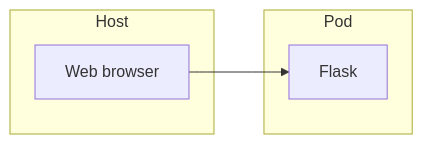
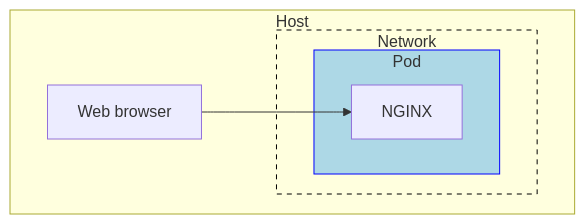
One commit to rgaiacs/rse-podman-tutorial changed the diagram in source/k8s-port.rst. Above: the diagram before and after it, drawn with Mermaid. The commit also changed other lines of this file, not shown here.

Commit message:
Review k8-port

```diff
--- a/source/k8s-port.rst
+++ b/source/k8s-port.rst
@@ -6,15 +6,27 @@
 .. mermaid::
    :align: center
    :alt: Diagram of access container.
    :caption: Diagram of access container.
    
-    graph LR;
-        browser[Web browser] --> flask[Flask];
+    flowchart 
+        subgraph pod[Pod]
+        nginx
+        end
 
-        subgraph pod[Pod]
-        flask
+        subgraph network[Network]
+        pod
         end
 
         subgraph host[Host]
         browser
+        network
+        pod
         end
+
+        browser[Web browser] --> nginx[NGINX];
+
+        classDef classPod fill:lightblue,stroke:blue
+        class pod classPod;
+
+        classDef classNetwork stroke:black,stroke-dasharray: 5 5
+        class network classNetwork;
```
